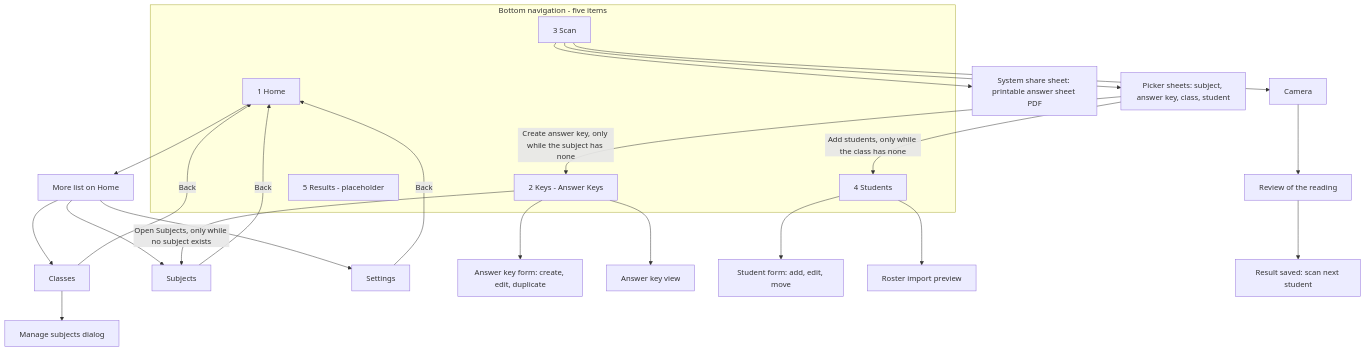
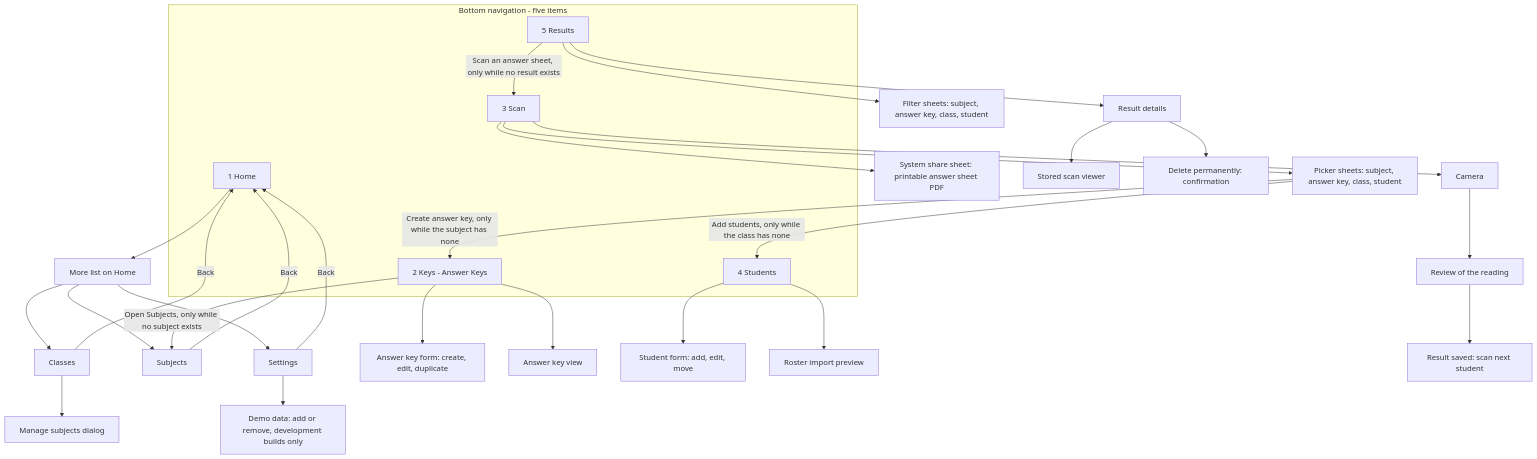
The third of 13 diagrams in docs/diagrams.md (nicolaseugenio2022-cyber/answer-checker), drawn with Mermaid before and after one commit. The commit also changed other lines of this file and 5 other files, not shown here.

Commit message:
docs: synchronize documentation with schema version 7 and Results

````diff
--- a/docs/diagrams.md
+++ b/docs/diagrams.md
@@ -102,32 +76,38 @@
 ```mermaid
 flowchart TD
     subgraph Bar["Bottom navigation - five items"]
         HOME["1 Home"]
         KEYS["2 Keys - Answer Keys"]
         SCAN["3 Scan"]
         STUDENTS["4 Students"]
-        RESULTS["5 Results - placeholder"]
+        RESULTS["5 Results"]
     end
 
     HOME --> MORE["More list on Home"]
     MORE --> CLASSES["Classes"]
     MORE --> SUBJECTS["Subjects"]
     MORE --> SETTINGS["Settings"]
     CLASSES --> MANAGE["Manage subjects dialog"]
     CLASSES -- "Back" --> HOME
     SUBJECTS -- "Back" --> HOME
     SETTINGS -- "Back" --> HOME
 
     KEYS --> KEYFORM["Answer key form: create, edit, duplicate"]
     KEYS --> KEYVIEW["Answer key view"]
     KEYS -- "Open Subjects, only while no subject exists" --> SUBJECTS
     STUDENTS --> STUDENTFORM["Student form: add, edit, move"]
     STUDENTS --> IMPORT["Roster import preview"]
     SCAN --> PICK["Picker sheets: subject, answer key, class, student"]
     SCAN --> SHARE["System share sheet: printable answer sheet PDF"]
     SCAN --> CAMERA["Camera"]
     CAMERA --> REVIEW["Review of the reading"]
     REVIEW --> SAVED["Result saved: scan next student"]
     PICK -- "Create answer key, only while the subject has none" --> KEYS
     PICK -- "Add students, only while the class has none" --> STUDENTS
+    RESULTS --> RFILTER["Filter sheets: subject, answer key, class, student"]
+    RESULTS --> RDETAIL["Result details"]
+    RDETAIL --> RIMAGE["Stored scan viewer"]
+    RDETAIL --> RDELETE["Delete permanently: confirmation"]
+    RESULTS -- "Scan an answer sheet, only while no result exists" --> SCAN
+    SETTINGS --> DEMO["Demo data: add or remove, development builds only"]
 ```
````
